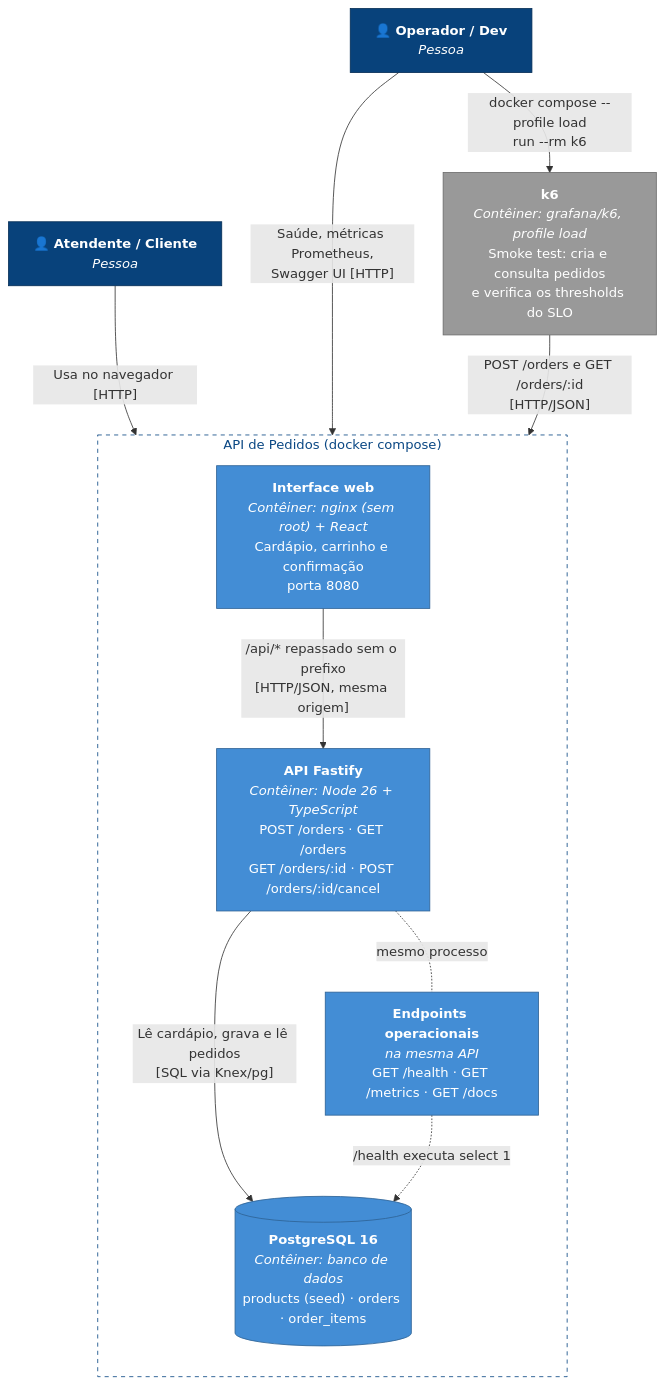
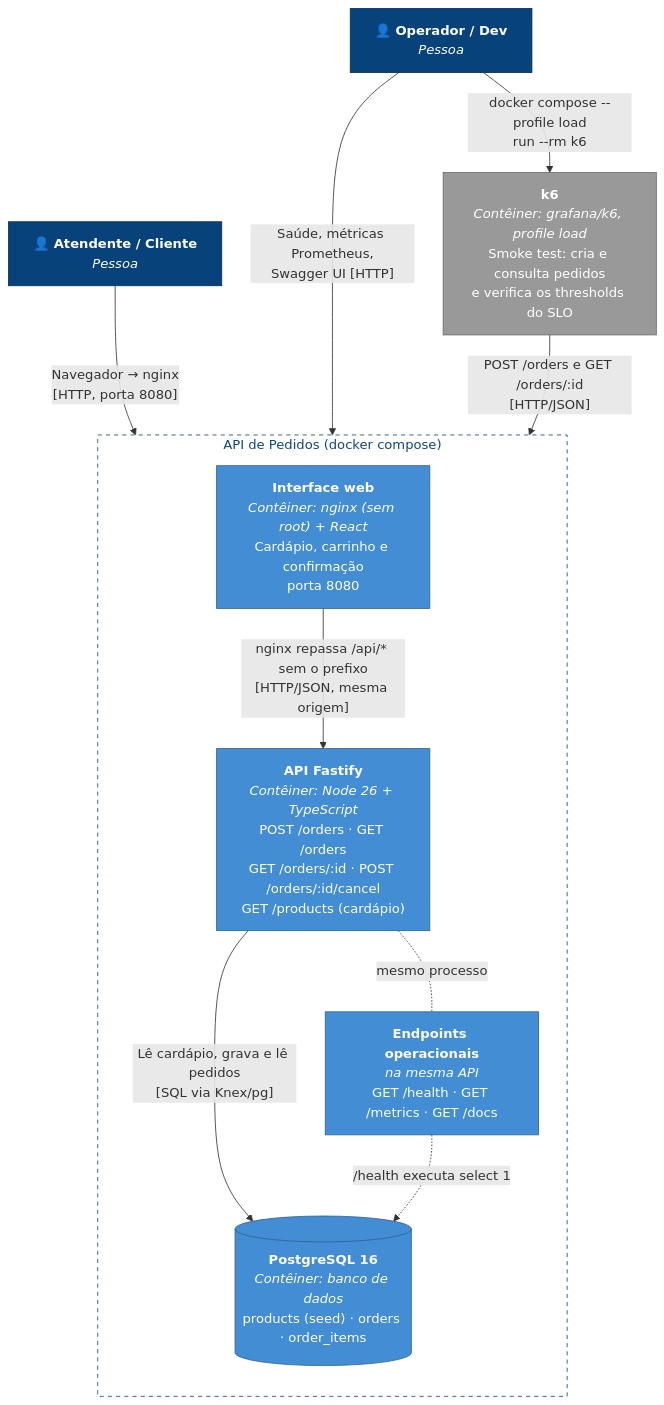
The second of 2 diagrams in docs/c4/contexto.md (Aquno/GeraTech), drawn with Mermaid before and after one commit. The commit also changed other lines of this file and 7 other files, not shown here.

````diff
--- a/docs/c4/contexto.md
+++ b/docs/c4/contexto.md
@@ -30,34 +30,34 @@
 ```mermaid
 flowchart TB
     atendente["👤 <b>Atendente / Cliente</b><br/><i>Pessoa</i>"]
     operador["👤 <b>Operador / Dev</b><br/><i>Pessoa</i>"]
 
     subgraph sistema["API de Pedidos (docker compose)"]
         direction TB
         web["<b>Interface web</b><br/><i>Contêiner: nginx (sem root) + React</i><br/>Cardápio, carrinho e confirmação<br/>porta 8080"]
-        api["<b>API Fastify</b><br/><i>Contêiner: Node 26 + TypeScript</i><br/>POST /orders · GET /orders<br/>GET /orders/:id · POST /orders/:id/cancel"]
+        api["<b>API Fastify</b><br/><i>Contêiner: Node 26 + TypeScript</i><br/>POST /orders · GET /orders<br/>GET /orders/:id · POST /orders/:id/cancel<br/>GET /products (cardápio)"]
         ops["<b>Endpoints operacionais</b><br/><i>na mesma API</i><br/>GET /health · GET /metrics · GET /docs"]
         db[("<b>PostgreSQL 16</b><br/><i>Contêiner: banco de dados</i><br/>products (seed) · orders · order_items")]
     end
 
     k6["<b>k6</b><br/><i>Contêiner: grafana/k6, profile load</i><br/>Smoke test: cria e consulta pedidos<br/>e verifica os thresholds do SLO"]
 
-    atendente -- "Usa no navegador [HTTP]" --> web
-    web -- "/api/* repassado sem o prefixo<br/>[HTTP/JSON, mesma origem]" --> api
+    atendente -- "Navegador → nginx<br/>[HTTP, porta 8080]" --> web
+    web -- "nginx repassa /api/* sem o prefixo<br/>[HTTP/JSON, mesma origem]" --> api
     operador -- "Saúde, métricas Prometheus,<br/>Swagger UI [HTTP]" --> ops
     operador -- "docker compose --profile load<br/>run --rm k6" --> k6
     k6 -- "POST /orders e GET /orders/:id<br/>[HTTP/JSON]" --> api
     api -- "Lê cardápio, grava e lê pedidos<br/>[SQL via Knex/pg]" --> db
     ops -. "/health executa select 1" .-> db
     api -. "mesmo processo" .- ops
 
     classDef person fill:#08427b,stroke:#052e56,color:#ffffff
     classDef container fill:#438dd5,stroke:#2e6295,color:#ffffff
     classDef database fill:#438dd5,stroke:#2e6295,color:#ffffff
     classDef tool fill:#999999,stroke:#6b6b6b,color:#ffffff
     class atendente,operador person
     class web,api,ops container
     class db database
     class k6 tool
     style sistema fill:none,stroke:#0b4884,stroke-dasharray:5 5,color:#0b4884
 ```
````
